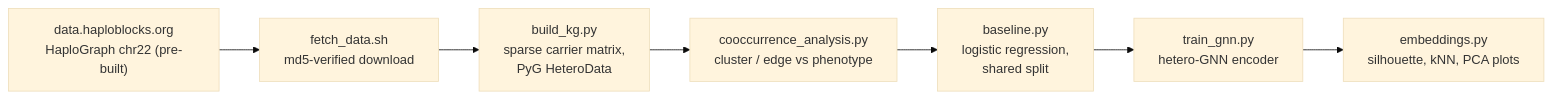
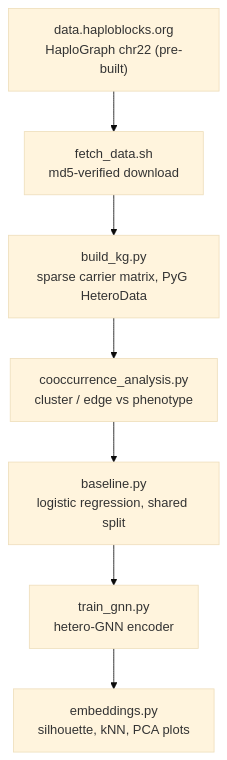
One commit to collaborativebioinformatics/ProGenome changed the first of 5 diagrams in genomics/RESULTS.md. Above: the diagram before and after it, drawn with Mermaid (base theme). The commit also changed other lines of this file, not shown here.

Commit message:
genomics: workflow diagram as two vertical Mermaid chains for GitHub

````diff
--- a/genomics/RESULTS.md
+++ b/genomics/RESULTS.md
@@ -27,4 +29,4 @@
 ```mermaid
-flowchart LR
-  A["data.haploblocks.org<br/>HaploGraph chr22 (pre-built)"] --> B["fetch_data.sh<br/>md5-verified download"] --> C["build_kg.py<br/>sparse carrier matrix,<br/>PyG HeteroData"] --> D["cooccurrence_analysis.py<br/>cluster / edge vs phenotype"] --> E["baseline.py<br/>logistic regression,<br/>shared split"] --> F["train_gnn.py<br/>hetero-GNN encoder"] --> G["embeddings.py<br/>silhouette, kNN, PCA plots"]
+flowchart TB
+  A["data.haploblocks.org<br/>HaploGraph chr22 (pre-built)"] --> B["fetch_data.sh<br/>md5-verified download"] --> C["build_kg.py<br/>sparse carrier matrix, PyG HeteroData"] --> D["cooccurrence_analysis.py<br/>cluster / edge vs phenotype"] --> E["baseline.py<br/>logistic regression, shared split"] --> F["train_gnn.py<br/>hetero-GNN encoder"] --> G["embeddings.py<br/>silhouette, kNN, PCA plots"]
 ```
````
